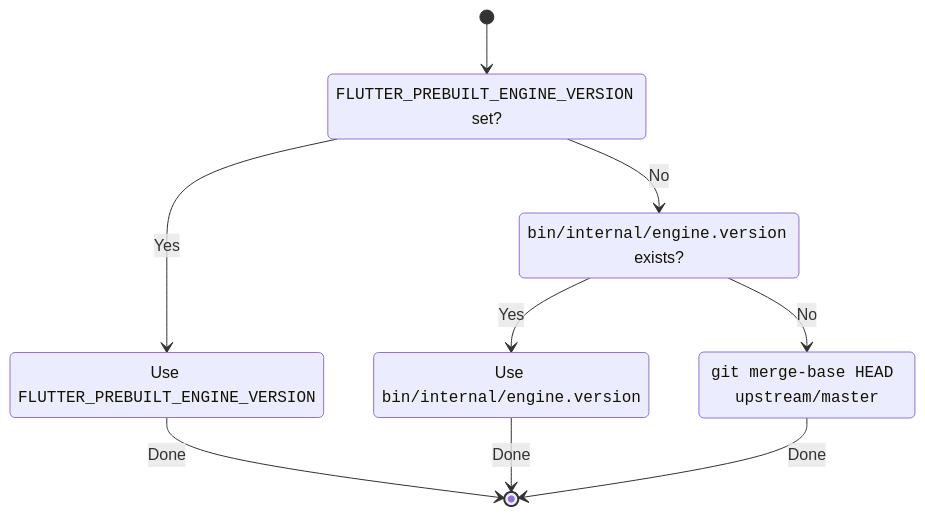
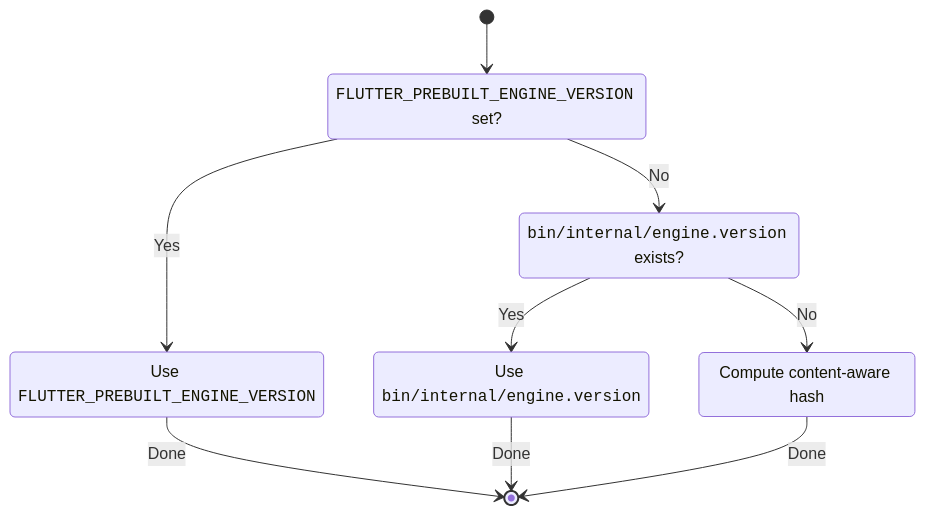
The diagram in docs/tool/Engine-artifacts.md (flutter/flutter), drawn with Mermaid before and after one commit. The commit also changed other lines of this file and 3 other files, not shown here.

Commit message:
feat: start using the content aware hash for downloading artifacts

````diff
--- a/docs/tool/Engine-artifacts.md
+++ b/docs/tool/Engine-artifacts.md
@@ -36,17 +37,17 @@
 ```mermaid
 stateDiagram-v2
     [*] --> CheckEnvVar
     CheckEnvVar: <code>FLUTTER_PREBUILT_ENGINE_VERSION</code> set?
     UseEnvVar: Use <code>FLUTTER_PREBUILT_ENGINE_VERSION</code>
     CheckReleaseFile: <code>bin/internal/engine.version</code> exists?
     UseReleaseFile: Use <code>bin/internal/engine.version</code>
-    UseMergeBase: <code>git merge-base HEAD upstream/master</code>
+    UseContentAwareHash: Compute content-aware hash
 
     CheckEnvVar --> UseEnvVar: Yes
     CheckEnvVar --> CheckReleaseFile: No
     UseEnvVar --> [*]: Done
     CheckReleaseFile --> UseReleaseFile: Yes
-    CheckReleaseFile --> UseMergeBase: No
+    CheckReleaseFile --> UseContentAwareHash: No
     UseReleaseFile --> [*]: Done
-    UseMergeBase --> [*]: Done
+    UseContentAwareHash --> [*]: Done
 ```
````
